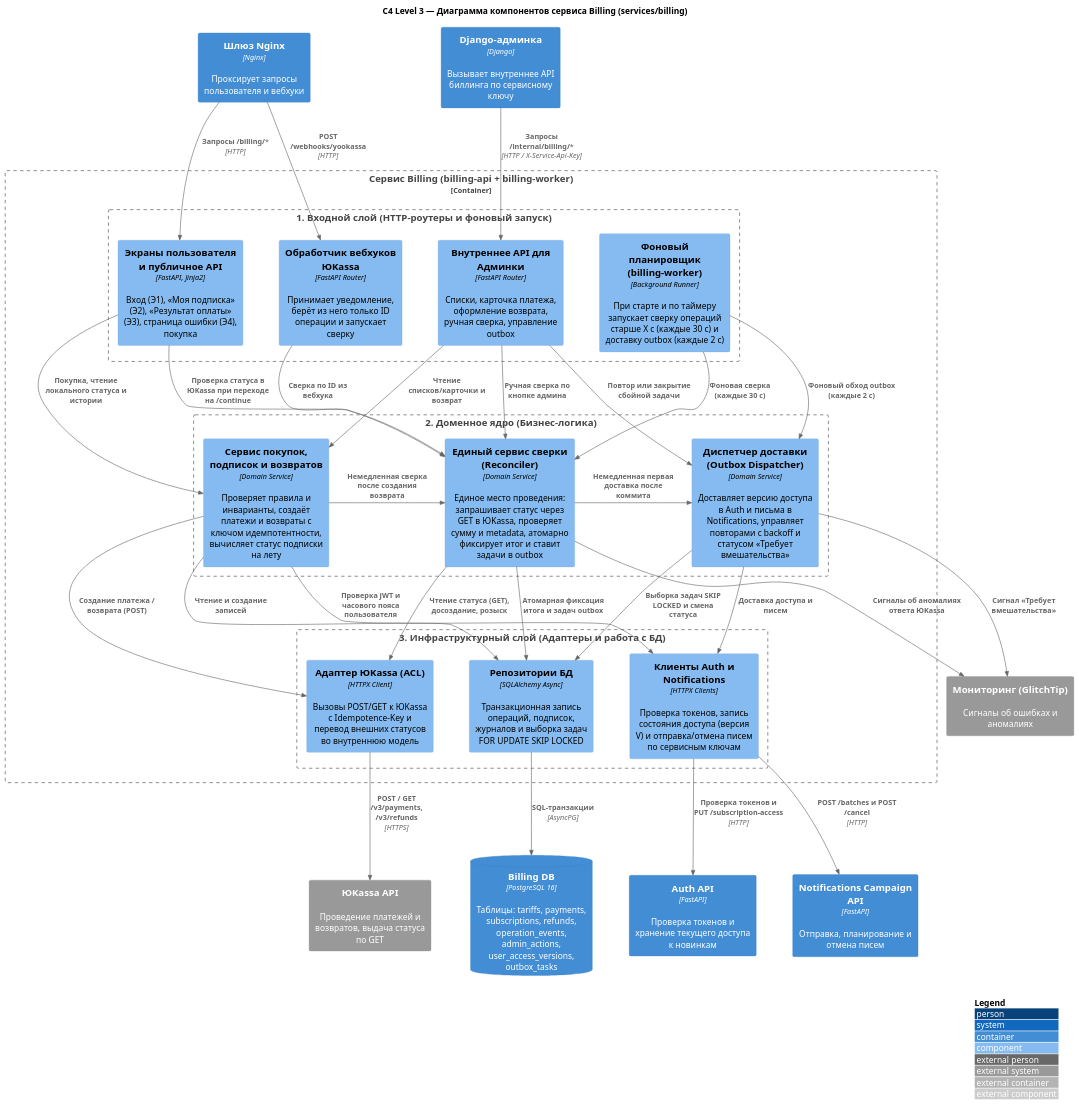
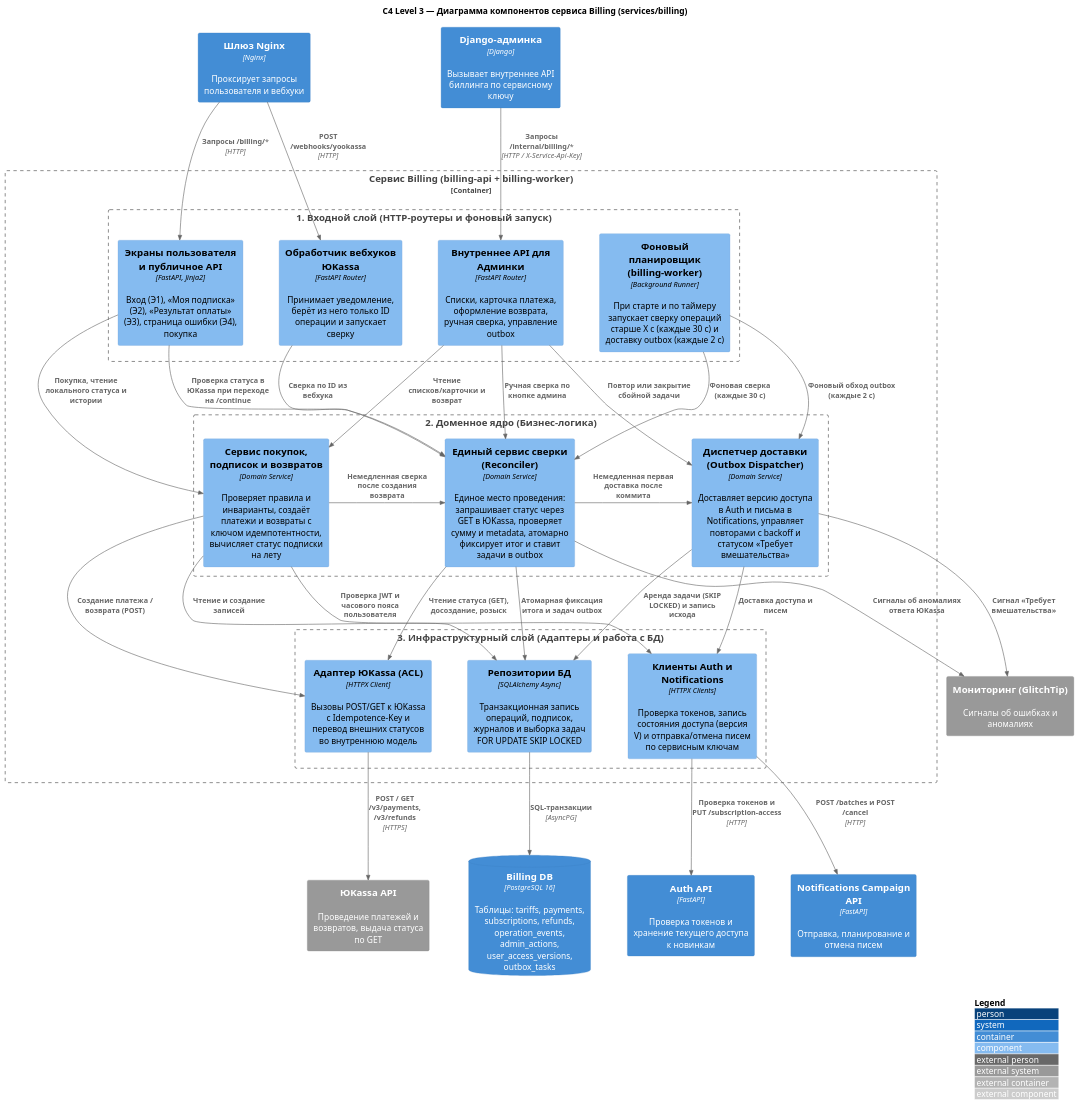
One commit to feodal01/graduate_work changed the diagram in docs/diagrams/billing/11-c4-l3-billing-components.puml. Above: the diagram before and after it, drawn with PlantUML. The commit also changed 20 other files, not shown here.

```diff
--- a/docs/diagrams/billing/11-c4-l3-billing-components.puml
+++ b/docs/diagrams/billing/11-c4-l3-billing-components.puml
@@ -1,81 +1,81 @@
 @startuml 11-c4-l3-billing-components
 !include <C4/C4_Component>
 
 skinparam dpi 120
 skinparam defaultFontName Arial
 skinparam nodesep 60
 skinparam ranksep 75
 LAYOUT_WITH_LEGEND()
 
 title C4 Level 3 — Диаграмма компонентов сервиса Billing (services/billing)
 
 Container(nginx, "Шлюз Nginx", "Nginx", "Проксирует запросы пользователя и вебхуки")
 Container(admin_app, "Django-админка", "Django", "Вызывает внутреннее API биллинга по сервисному ключу")
 
 Container_Boundary(billing_service, "Сервис Billing (billing-api + billing-worker)") {
 
     Boundary(tier_in, "1. Входной слой (HTTP-роутеры и фоновый запуск)") {
         Component(ui_router, "Экраны пользователя и публичное API", "FastAPI, Jinja2", "Вход (Э1), «Моя подписка» (Э2), «Результат оплаты» (Э3), страница ошибки (Э4), покупка")
         Component(webhook_router, "Обработчик вебхуков ЮKassa", "FastAPI Router", "Принимает уведомление, берёт из него только ID операции и запускает сверку")
         Component(admin_router, "Внутреннее API для Админки", "FastAPI Router", "Списки, карточка платежа, оформление возврата, ручная сверка, управление outbox")
         Component(worker_scheduler, "Фоновый планировщик (billing-worker)", "Background Runner", "При старте и по таймеру запускает сверку операций старше X с (каждые 30 с) и доставку outbox (каждые 2 с)")
     }
 
     Boundary(tier_domain, "2. Доменное ядро (Бизнес-логика)") {
         Component(purchase_refund_svc, "Сервис покупок, подписок и возвратов", "Domain Service", "Проверяет правила и инварианты, создаёт платежи и возвраты с ключом идемпотентности, вычисляет статус подписки на лету")
         Component(reconciler_svc, "Единый сервис сверки (Reconciler)", "Domain Service", "Единое место проведения: запрашивает статус через GET в ЮKassa, проверяет сумму и metadata, атомарно фиксирует итог и ставит задачи в outbox")
         Component(outbox_dispatcher, "Диспетчер доставки (Outbox Dispatcher)", "Domain Service", "Доставляет версию доступа в Auth и письма в Notifications, управляет повторами с backoff и статусом «Требует вмешательства»")
     }
 
     Boundary(tier_infra, "3. Инфраструктурный слой (Адаптеры и работа с БД)") {
         Component(yookassa_client, "Адаптер ЮKassa (ACL)", "HTTPX Client", "Вызовы POST/GET к ЮKassa с Idempotence-Key и перевод внешних статусов во внутреннюю модель")
         Component(repos, "Репозитории БД", "SQLAlchemy Async", "Транзакционная запись операций, подписок, журналов и выборка задач FOR UPDATE SKIP LOCKED")
         Component(internal_clients, "Клиенты Auth и Notifications", "HTTPX Clients", "Проверка токенов, запись состояния доступа (версия V) и отправка/отмена писем по сервисным ключам")
     }
 }
 
 System_Ext(yookassa, "ЮKassa API", "Проведение платежей и возвратов, выдача статуса по GET")
 ContainerDb(billing_db, "Billing DB", "PostgreSQL 16", "Таблицы: tariffs, payments, subscriptions, refunds, operation_events, admin_actions, user_access_versions, outbox_tasks")
 Container(auth_api, "Auth API", "FastAPI", "Проверка токенов и хранение текущего доступа к новинкам")
 Container(ntf_api, "Notifications Campaign API", "FastAPI", "Отправка, планирование и отмена писем")
 System_Ext(glitchtip, "Мониторинг (GlitchTip)", "Сигналы об ошибках и аномалиях")
 
 ' Внешние вызовы во входной слой
 Rel_D(nginx, ui_router, "Запросы /billing/*", "HTTP")
 Rel_D(nginx, webhook_router, "POST /webhooks/yookassa", "HTTP")
 Rel_D(admin_app, admin_router, "Запросы /internal/billing/*", "HTTP / X-Service-Api-Key")
 
 ' Входной слой -> Доменное ядро
 Rel_D(ui_router, purchase_refund_svc, "Покупка, чтение локального статуса и истории")
 Rel_D(ui_router, reconciler_svc, "Проверка статуса в ЮKassa при переходе на /continue")
 Rel_D(webhook_router, reconciler_svc, "Сверка по ID из вебхука")
 Rel_D(admin_router, purchase_refund_svc, "Чтение списков/карточки и возврат")
 Rel_D(admin_router, reconciler_svc, "Ручная сверка по кнопке админа")
 Rel_D(admin_router, outbox_dispatcher, "Повтор или закрытие сбойной задачи")
 Rel_D(worker_scheduler, reconciler_svc, "Фоновая сверка (каждые 30 с)")
 Rel_D(worker_scheduler, outbox_dispatcher, "Фоновый обход outbox (каждые 2 с)")
 
 ' Связи внутри доменного ядра
 Rel_R(purchase_refund_svc, reconciler_svc, "Немедленная сверка после создания возврата")
 Rel_R(reconciler_svc, outbox_dispatcher, "Немедленная первая доставка после коммита")
 
 ' Доменное ядро -> Инфраструктурный слой
 Rel_D(purchase_refund_svc, yookassa_client, "Создание платежа / возврата (POST)")
 Rel_D(purchase_refund_svc, repos, "Чтение и создание записей")
 Rel_D(purchase_refund_svc, internal_clients, "Проверка JWT и часового пояса пользователя")
 
 Rel_D(reconciler_svc, yookassa_client, "Чтение статуса (GET), досоздание, розыск")
 Rel_D(reconciler_svc, repos, "Атомарная фиксация итога и задач outbox")
 Rel_D(reconciler_svc, glitchtip, "Сигналы об аномалиях ответа ЮKassa")
 
-Rel_D(outbox_dispatcher, repos, "Выборка задач SKIP LOCKED и смена статуса")
+Rel_D(outbox_dispatcher, repos, "Аренда задачи (SKIP LOCKED) и запись исхода")
 Rel_D(outbox_dispatcher, internal_clients, "Доставка доступа и писем")
 Rel_D(outbox_dispatcher, glitchtip, "Сигнал «Требует вмешательства»")
 
 ' Инфраструктурный слой -> Внешние системы и БД
 Rel_D(yookassa_client, yookassa, "POST / GET /v3/payments, /v3/refunds", "HTTPS")
 Rel_D(repos, billing_db, "SQL-транзакции", "AsyncPG")
 Rel_D(internal_clients, auth_api, "Проверка токенов и PUT /subscription-access", "HTTP")
 Rel_D(internal_clients, ntf_api, "POST /batches и POST /cancel", "HTTP")
 
 @enduml
```
